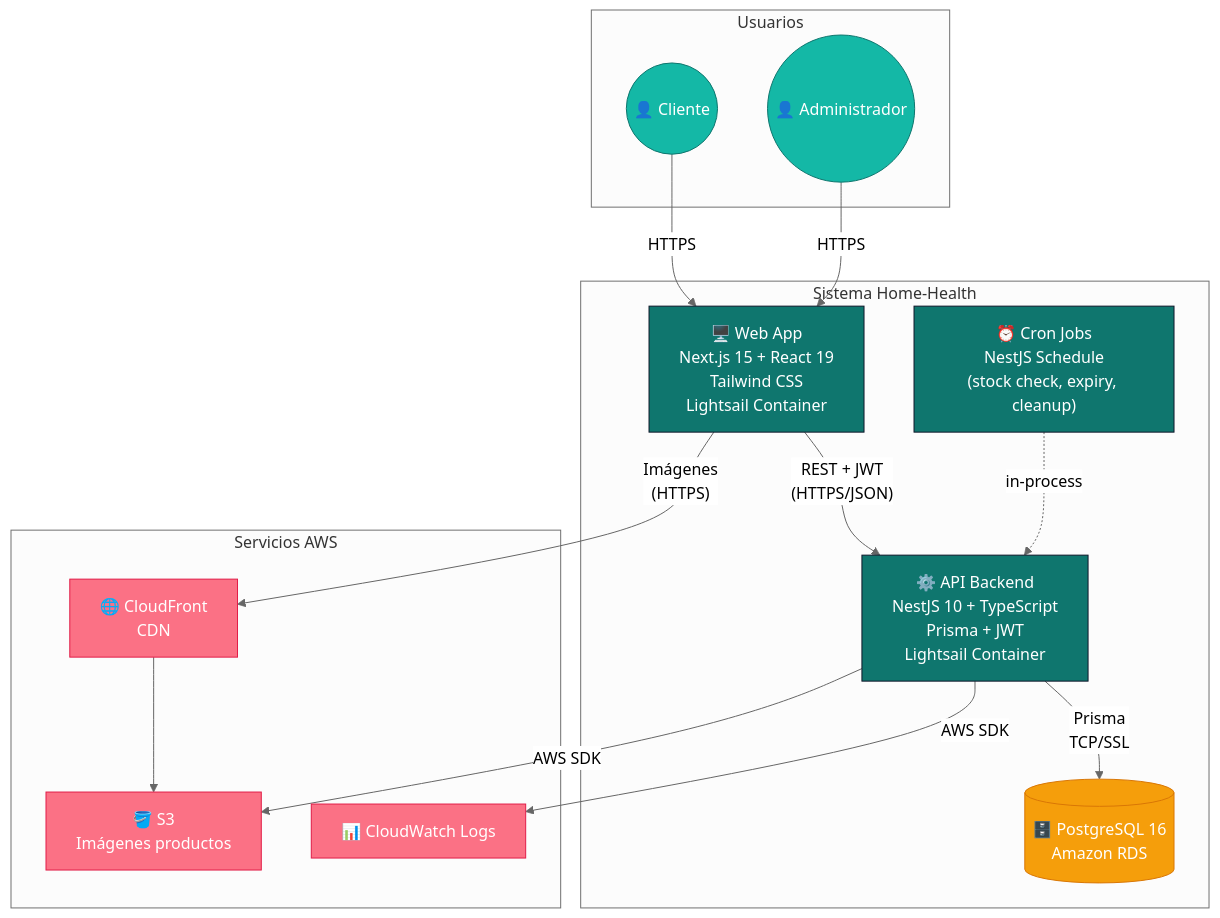
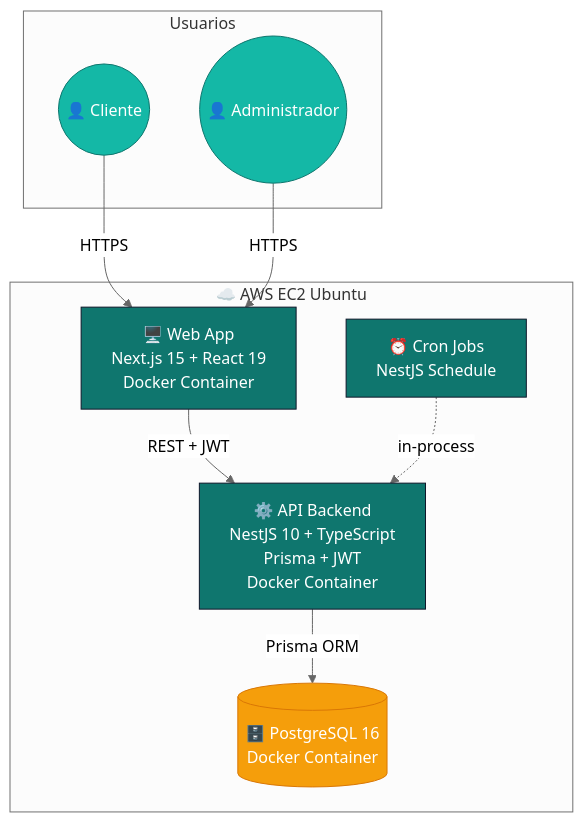
One commit to SEBBAS-5pg/Home-Health changed the second of 3 diagrams in docs/03-arquitectura/diagramas-C4.md. Above: the diagram before and after it, drawn with Mermaid (neutral theme). The commit also changed other lines of this file and 11 other files, not shown here.

Commit message:
docs: update deployment architecture to AWS EC2

````diff
--- a/docs/03-arquitectura/diagramas-C4.md
+++ b/docs/03-arquitectura/diagramas-C4.md
@@ -108,39 +107,35 @@
 ```mermaid
 flowchart TB
+
     subgraph Users["Usuarios"]
         Cliente(("👤 Cliente"))
         Admin(("👤 Administrador"))
     end
 
-    subgraph HH["Sistema Home-Health"]
-        Web["🖥️ Web App<br/>Next.js 15 + React 19<br/>Tailwind CSS<br/>Lightsail Container"]
-        API["⚙️ API Backend<br/>NestJS 10 + TypeScript<br/>Prisma + JWT<br/>Lightsail Container"]
-        DB[("🗄️ PostgreSQL 16<br/>Amazon RDS")]
-        Cron["⏰ Cron Jobs<br/>NestJS Schedule<br/>(stock check, expiry, cleanup)"]
-    end
+    subgraph EC2["☁️ AWS EC2 Ubuntu"]
+        
+        Web["🖥️ Web App<br/>Next.js 15 + React 19<br/>Docker Container"]
 
-    subgraph AWS["Servicios AWS"]
-        S3["🪣 S3<br/>Imágenes productos"]
-        CF["🌐 CloudFront<br/>CDN"]
-        CW["📊 CloudWatch Logs"]
+        API["⚙️ API Backend<br/>NestJS 10 + TypeScript<br/>Prisma + JWT<br/>Docker Container"]
+
+        DB[("🗄️ PostgreSQL 16<br/>Docker Container")]
+
+        Cron["⏰ Cron Jobs<br/>NestJS Schedule"]
     end
 
     Cliente -->|"HTTPS"| Web
     Admin -->|"HTTPS"| Web
-    Web -->|"REST + JWT<br/>(HTTPS/JSON)"| API
-    Web -->|"Imágenes<br/>(HTTPS)"| CF
-    CF --> S3
-    API -->|"Prisma<br/>TCP/SSL"| DB
-    API -->|"AWS SDK"| S3
-    API -->|"AWS SDK"| CW
+
+    Web -->|"REST + JWT"| API
+    API -->|"Prisma ORM"| DB
+
     Cron -.->|"in-process"| API
 
     classDef person fill:#14B8A6,stroke:#0F766E,color:#fff
     classDef container fill:#0F766E,stroke:#0F172A,color:#fff
     classDef db fill:#F59E0B,stroke:#D97706,color:#fff
-    classDef aws fill:#FB7185,stroke:#E11D48,color:#fff
+
     class Cliente,Admin person
     class Web,API,Cron container
     class DB db
-    class S3,CF,CW aws
 ```
````
